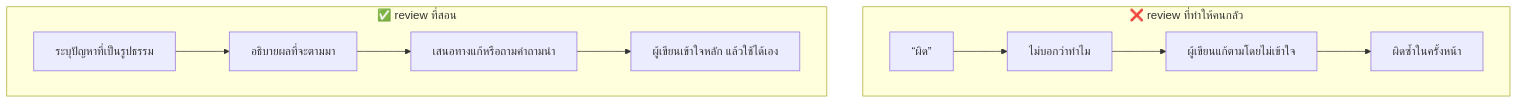
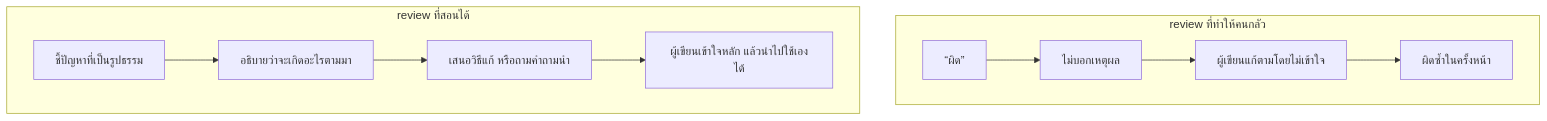
One commit to CE-SDPX/SDPX-AI changed the third of 8 diagrams in readings/06-senior-software-engineer.md. Above: the diagram before and after it, drawn with Mermaid. The commit also changed other lines of this file and 6 other files, not shown here.

````diff
--- a/readings/06-senior-software-engineer.md
+++ b/readings/06-senior-software-engineer.md
@@ -182,9 +170,9 @@
 ```mermaid
 flowchart TB
-    subgraph bad["❌ review ที่ทำให้คนกลัว"]
-        B1["“ผิด”"] --> B2["ไม่บอกว่าทำไม"] --> B3["ผู้เขียนแก้ตามโดยไม่เข้าใจ"] --> B4["ผิดซ้ำในครั้งหน้า"]
+    subgraph bad["review ที่ทำให้คนกลัว"]
+        B1["“ผิด”"] --> B2["ไม่บอกเหตุผล"] --> B3["ผู้เขียนแก้ตามโดยไม่เข้าใจ"] --> B4["ผิดซ้ำในครั้งหน้า"]
     end
-    subgraph good["✅ review ที่สอน"]
-        G1["ระบุปัญหาที่เป็นรูปธรรม"] --> G2["อธิบายผลที่จะตามมา"] --> G3["เสนอทางแก้หรือถามคำถามนำ"] --> G4["ผู้เขียนเข้าใจหลัก แล้วใช้ได้เอง"]
+    subgraph good["review ที่สอนได้"]
+        G1["ชี้ปัญหาที่เป็นรูปธรรม"] --> G2["อธิบายว่าจะเกิดอะไรตามมา"] --> G3["เสนอวิธีแก้ หรือถามคำถามนำ"] --> G4["ผู้เขียนเข้าใจหลัก แล้วนำไปใช้เองได้"]
     end
 ```
````
